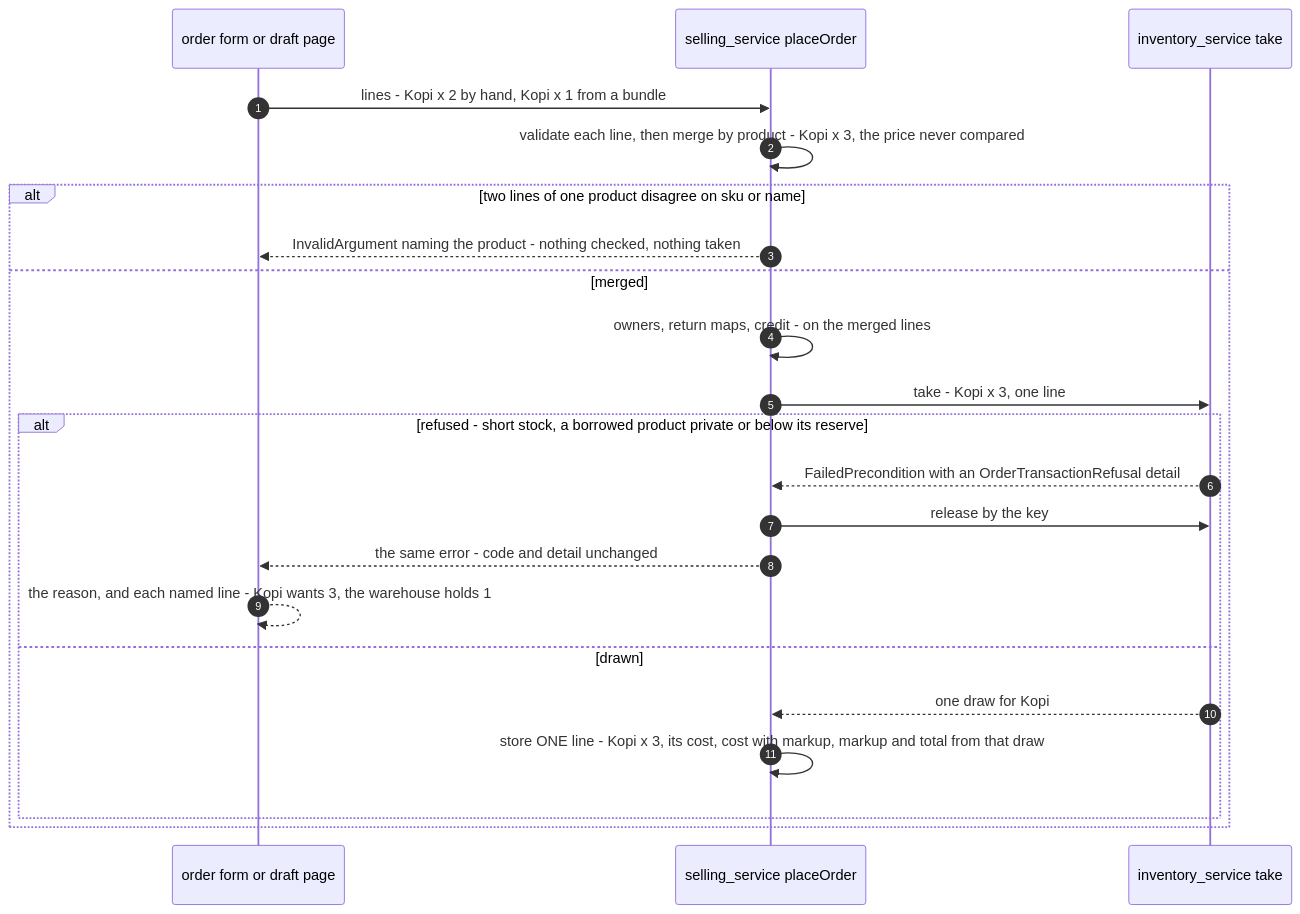
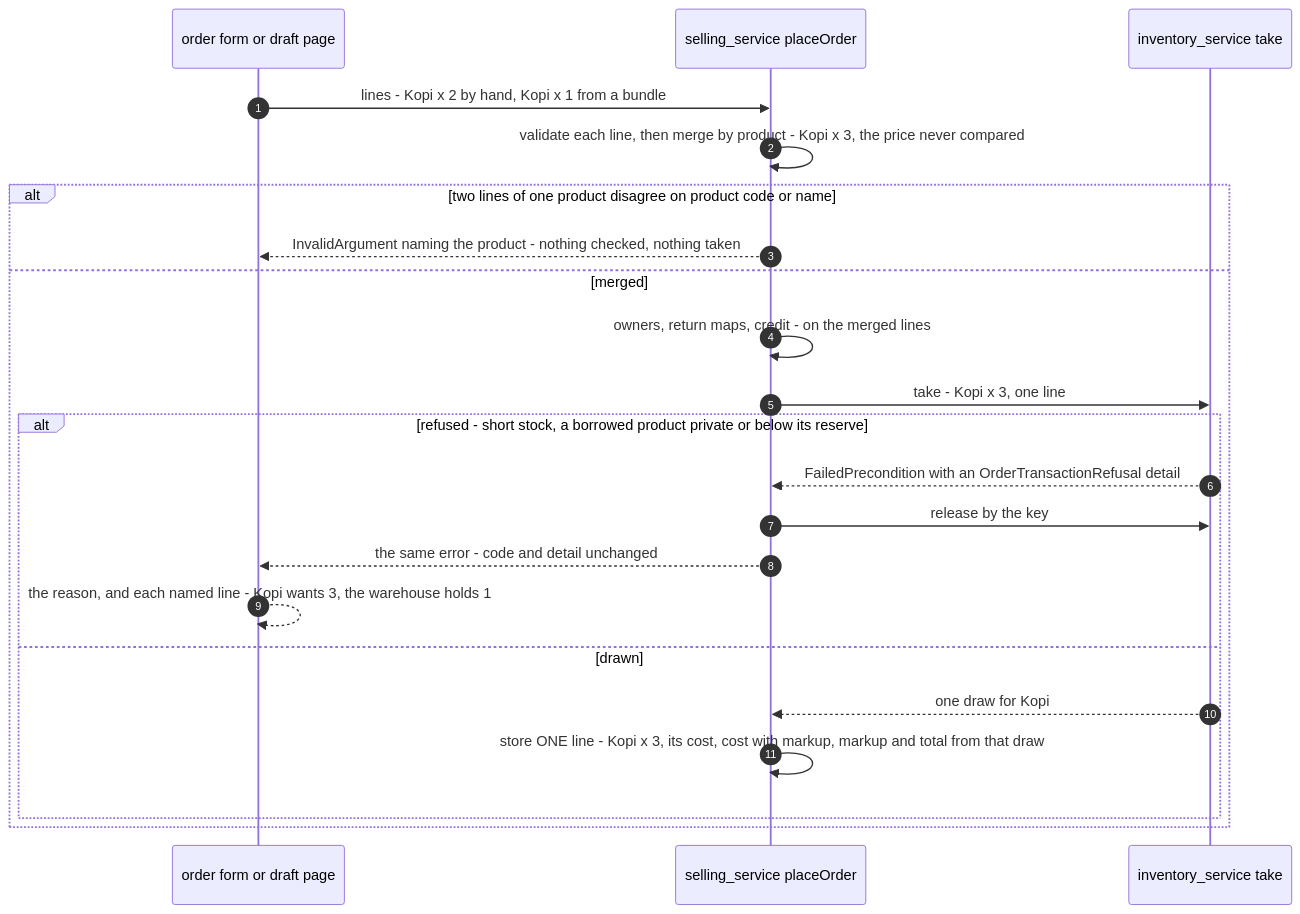
Before and after one commit to pdcgo/warehouse_revamp: the sixth of 17 diagrams in docs/services/selling_service/rpc.md, drawn with Mermaid. The commit also changed other lines of this file and 703 other files, not shown here.

````diff
--- a/docs/services/selling_service/rpc.md
+++ b/docs/services/selling_service/rpc.md
@@ -291,25 +291,25 @@
 ```mermaid
 sequenceDiagram
     autonumber
     participant UI as order form or draft page
     participant SELL as selling_service placeOrder
     participant INV as inventory_service take
 
     UI->>SELL: lines - Kopi x 2 by hand, Kopi x 1 from a bundle
     SELL->>SELL: validate each line, then merge by product - Kopi x 3, the price never compared
-    alt two lines of one product disagree on sku or name
+    alt two lines of one product disagree on product code or name
         SELL-->>UI: InvalidArgument naming the product - nothing checked, nothing taken
     else merged
         SELL->>SELL: owners, return maps, credit - on the merged lines
         SELL->>INV: take - Kopi x 3, one line
         alt refused - short stock, a borrowed product private or below its reserve
             INV-->>SELL: FailedPrecondition with an OrderTransactionRefusal detail
             SELL->>INV: release by the key
             SELL-->>UI: the same error - code and detail unchanged
             UI-->>UI: the reason, and each named line - Kopi wants 3, the warehouse holds 1
         else drawn
             INV-->>SELL: one draw for Kopi
             SELL->>SELL: store ONE line - Kopi x 3, its cost, cost with markup, markup and total from that draw
         end
     end
 ```
````
